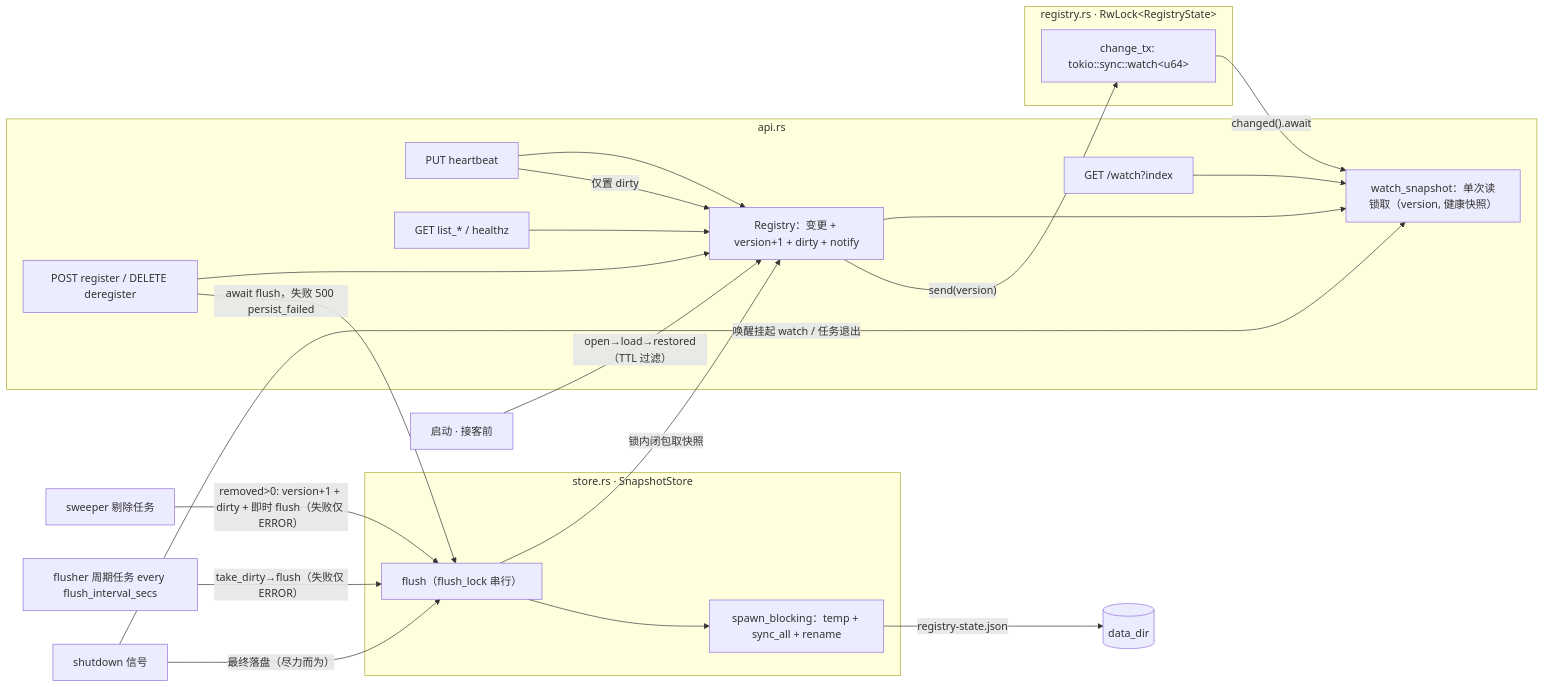
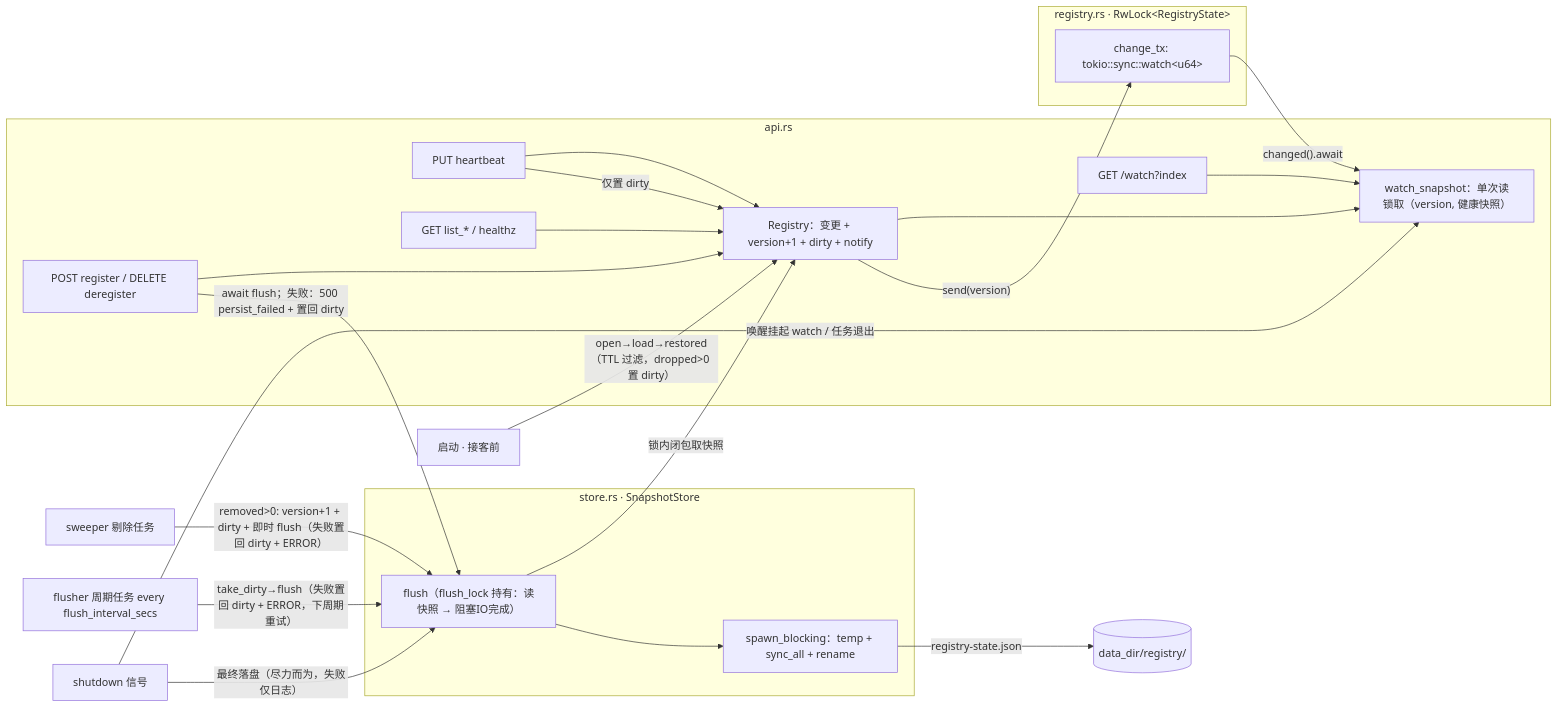
Before and after one commit to jonyangx/velox: the diagram in docs/specs/registry-persistence-watch/02-architecture.md, drawn with Mermaid. The commit also changed other lines of this file and 19 other files, not shown here.

````diff
--- a/docs/specs/registry-persistence-watch/02-architecture.md
+++ b/docs/specs/registry-persistence-watch/02-architecture.md
@@ -73,29 +77,29 @@
 ```mermaid
 flowchart LR
   subgraph HTTP[api.rs]
     R[POST register / DELETE deregister] --> RG
     H[PUT heartbeat] --> RG
     W[GET /watch?index] --> WS
     Q[GET list_* / healthz] --> RG
   end
   subgraph DOMAIN[registry.rs · RwLock&lt;RegistryState&gt;]
     RG[Registry：变更 + version+1 + dirty + notify]
     RG --> WS[watch_snapshot：单次读锁取（version, 健康快照）]
     CH[change_tx: tokio::sync::watch&lt;u64&gt;]
     RG -- send(version) --> CH
     CH -- changed().await --> WS
   end
   subgraph PERSIST[store.rs · SnapshotStore]
-    FL[flush（flush_lock 串行）]
+    FL[flush（flush_lock 持有：读快照 → 阻塞IO完成）]
     FL -- 锁内闭包取快照 --> RG
     FL --> FIO[spawn_blocking：temp + sync_all + rename]
   end
-  R -- await flush，失败 500 persist_failed --> FL
+  R -- await flush；失败：500 persist_failed + 置回 dirty --> FL
   H -- 仅置 dirty --> RG
-  SW[sweeper 剔除任务] -- removed>0: version+1 + dirty + 即时 flush（失败仅 ERROR）--> FL
-  FB[flusher 周期任务 every flush_interval_secs] -- take_dirty→flush（失败仅 ERROR）--> FL
+  SW[sweeper 剔除任务] -- removed>0: version+1 + dirty + 即时 flush（失败置回 dirty + ERROR）--> FL
+  FB[flusher 周期任务 every flush_interval_secs] -- take_dirty→flush（失败置回 dirty + ERROR，下周期重试）--> FL
   SD[shutdown 信号] -- 唤醒挂起 watch / 任务退出 --> WS
-  SD -- 最终落盘（尽力而为）--> FL
-  BOOT[启动 · 接客前] -- open→load→restored（TTL 过滤）--> RG
-  FIO -- registry-state.json --> DISK[(data_dir)]
+  SD -- 最终落盘（尽力而为，失败仅日志）--> FL
+  BOOT[启动 · 接客前] -- open→load→restored（TTL 过滤，dropped>0 置 dirty）--> RG
+  FIO -- registry-state.json --> DISK[(data_dir/registry/)]
 ```
````
